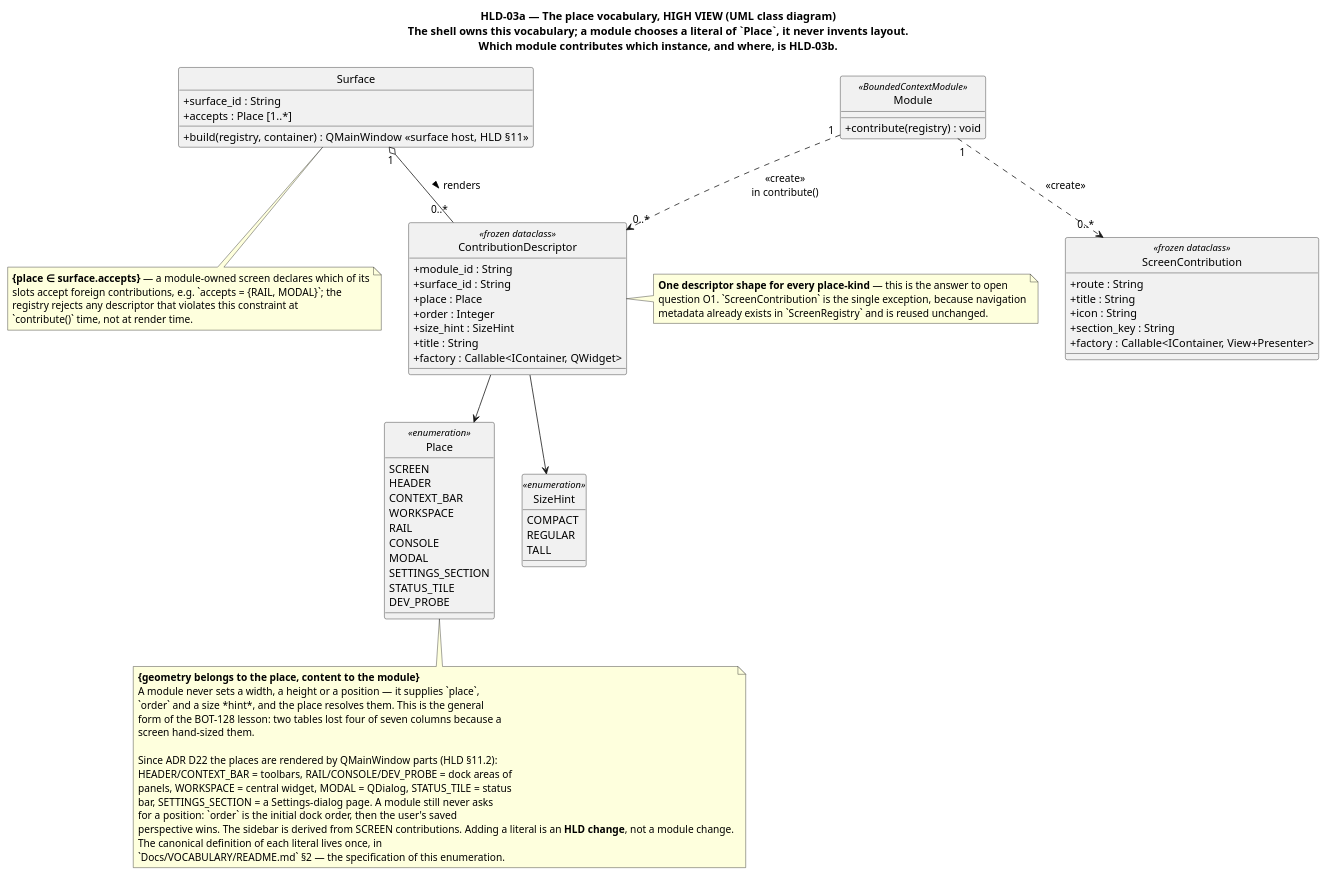
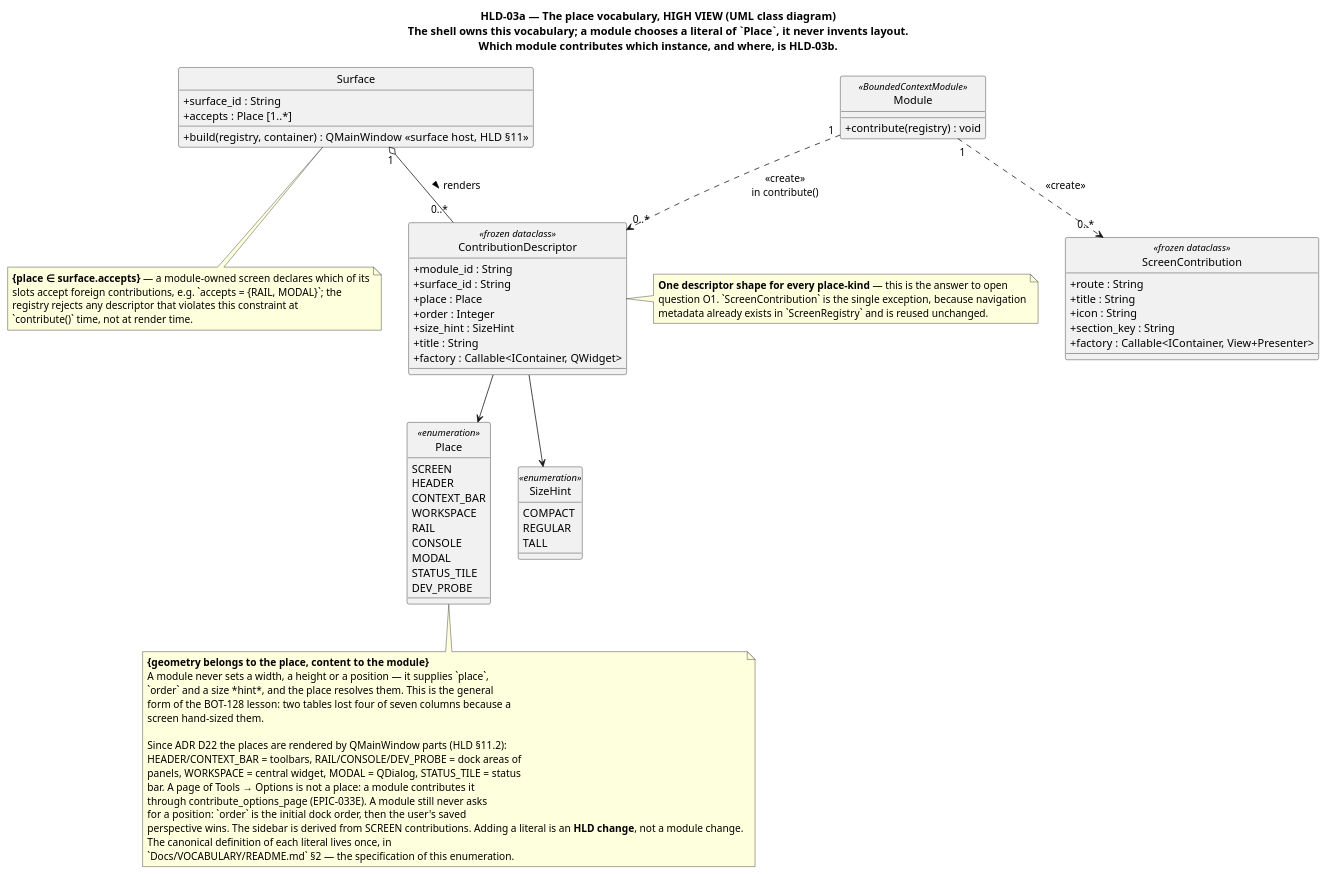
The diagram in Docs/HLD/diagrams/hld-03a_place_vocabulary.puml (anhembedded/Sagittarius_Elite_Warrior), drawn with PlantUML before and after one commit. The commit also changed 19 other files, not shown here.

First line of the commit message:
fix(epic-033): messages and docs point at Tools → Options, not Settings

```diff
--- a/Docs/HLD/diagrams/hld-03a_place_vocabulary.puml
+++ b/Docs/HLD/diagrams/hld-03a_place_vocabulary.puml
@@ -1,88 +1,88 @@
 @startuml hld-03a_place_vocabulary
 title HLD-03a — The place vocabulary, HIGH VIEW (UML **class diagram**)\nThe shell owns this vocabulary; a module chooses a literal of `Place`, it never invents layout.\nWhich module contributes which instance, and where, is HLD-03b.
 skinparam classAttributeIconSize 0
 hide circle
 
 enum Place <<enumeration>> {
   SCREEN
   HEADER
   CONTEXT_BAR
   WORKSPACE
   RAIL
   CONSOLE
   MODAL
-  SETTINGS_SECTION
   STATUS_TILE
   DEV_PROBE
 }
 
 enum SizeHint <<enumeration>> {
   COMPACT
   REGULAR
   TALL
 }
 
 class ContributionDescriptor <<frozen dataclass>> {
   +module_id : String
   +surface_id : String
   +place : Place
   +order : Integer
   +size_hint : SizeHint
   +title : String
   +factory : Callable<IContainer, QWidget>
 }
 
 class ScreenContribution <<frozen dataclass>> {
   +route : String
   +title : String
   +icon : String
   +section_key : String
   +factory : Callable<IContainer, View+Presenter>
 }
 
 class Surface {
   +surface_id : String
   +accepts : Place [1..*]
   +build(registry, container) : QMainWindow  <<surface host, HLD §11>>
 }
 
 class Module <<BoundedContextModule>> {
   +contribute(registry) : void
 }
 
 ContributionDescriptor --> Place
 ContributionDescriptor --> SizeHint
 Surface "1" o-- "0..*" ContributionDescriptor : renders >
 Module "1" ..> "0..*" ContributionDescriptor : <<create>>\nin contribute()
 Module "1" ..> "0..*" ScreenContribution : <<create>>
 
 note right of ContributionDescriptor
   **One descriptor shape for every place-kind** — this is the answer to open
   question O1. `ScreenContribution` is the single exception, because navigation
   metadata already exists in `ScreenRegistry` and is reused unchanged.
 end note
 
 note bottom of Place
   **{geometry belongs to the place, content to the module}**
   A module never sets a width, a height or a position — it supplies `place`,
   `order` and a size *hint*, and the place resolves them. This is the general
   form of the BOT-128 lesson: two tables lost four of seven columns because a
   screen hand-sized them.
 
   Since ADR D22 the places are rendered by QMainWindow parts (HLD §11.2):
   HEADER/CONTEXT_BAR = toolbars, RAIL/CONSOLE/DEV_PROBE = dock areas of
   panels, WORKSPACE = central widget, MODAL = QDialog, STATUS_TILE = status
-  bar, SETTINGS_SECTION = a Settings-dialog page. A module still never asks
+  bar. A page of Tools → Options is not a place: a module contributes it
+  through contribute_options_page (EPIC-033E). A module still never asks
   for a position: `order` is the initial dock order, then the user's saved
   perspective wins. The sidebar is derived from SCREEN contributions. Adding a literal is an **HLD change**, not a module change.
   The canonical definition of each literal lives once, in
   `Docs/VOCABULARY/README.md` §2 — the specification of this enumeration.
 end note
 
 note bottom of Surface
   **{place ∈ surface.accepts}** — a module-owned screen declares which of its
   slots accept foreign contributions, e.g. `accepts = {RAIL, MODAL}`; the
   registry rejects any descriptor that violates this constraint at
   `contribute()` time, not at render time.
 end note
 @enduml
```
